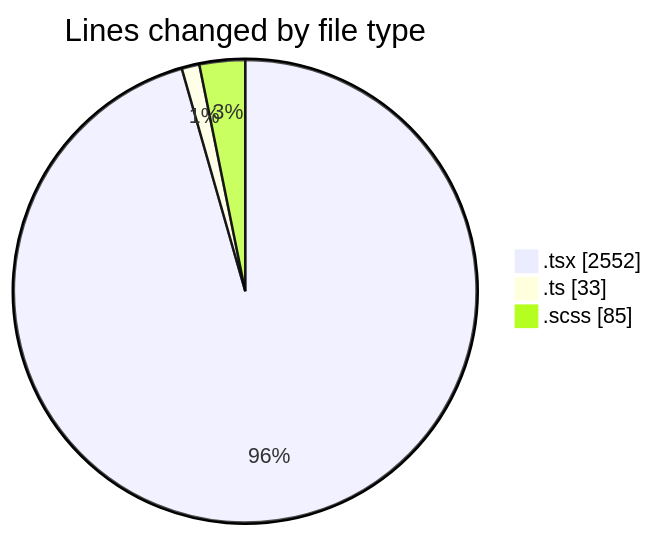
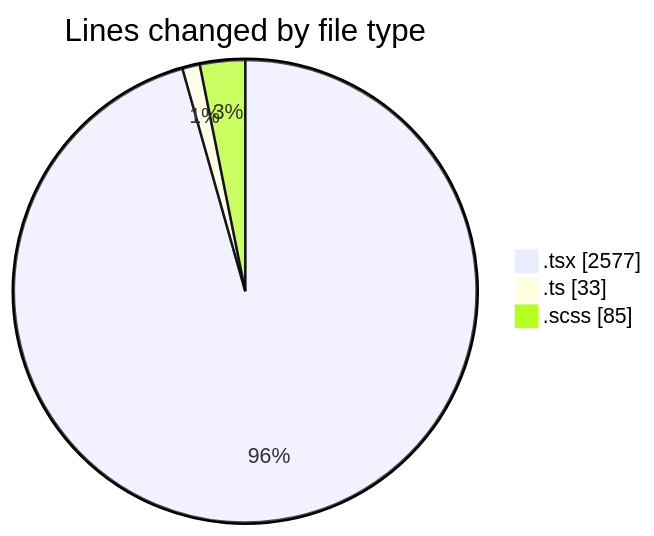
Before and after one commit to momahboobian/code-tracking: the first of 2 diagrams in 2025-02-12/cda/README.md, drawn with Mermaid. The commit also changed other lines of this file and 1 other file, not shown here.

````diff
--- a/2025-02-12/cda/README.md
+++ b/2025-02-12/cda/README.md
@@ -26,7 +26,7 @@
 ```mermaid
 pie showData
 title Lines changed by file type
-".tsx" : 2552
+".tsx" : 2577
 ".ts" : 33
 ".scss" : 85
 ```
````
